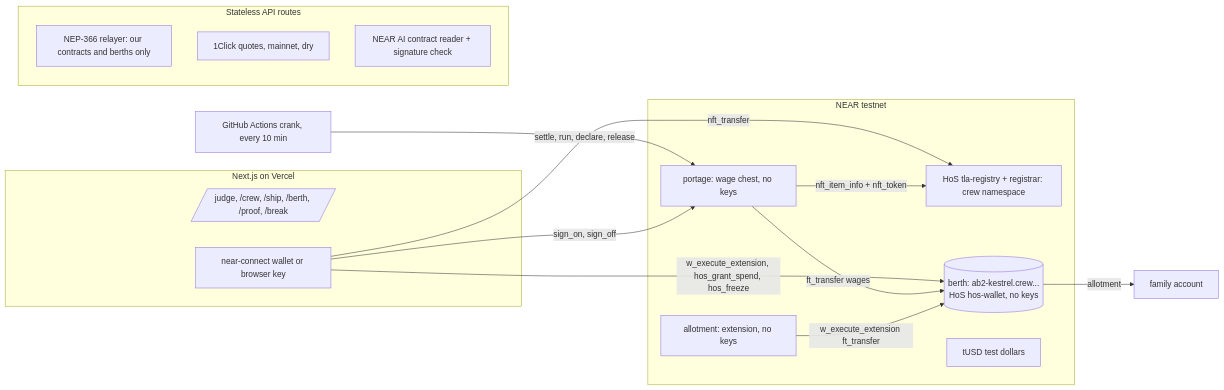
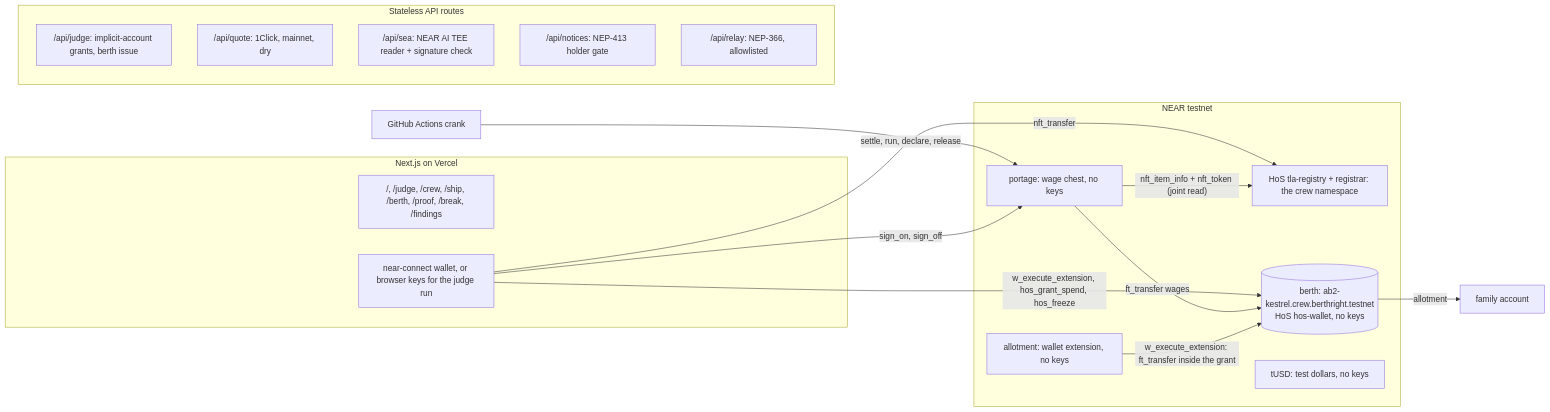
One commit to 0xkinno/berthright changed the first of 2 diagrams in README.md. Above: the diagram before and after it, drawn with Mermaid. The commit also changed other lines of this file and 9 other files, not shown here.

````diff
--- a/README.md
+++ b/README.md
@@ -76,27 +105,29 @@
 ```mermaid
 flowchart LR
   subgraph App["Next.js on Vercel"]
-    UI[/judge, /crew, /ship, /berth, /proof, /break/]
-    W[near-connect wallet or browser key]
+    UI["/, /judge, /crew, /ship, /berth, /proof, /break, /findings"]
+    W["near-connect wallet, or browser keys for the judge run"]
   end
   subgraph API["Stateless API routes"]
-    R[NEP-366 relayer: our contracts and berths only]
-    Q[1Click quotes, mainnet, dry]
-    A[NEAR AI contract reader + signature check]
+    J["/api/judge: implicit-account grants, berth issue"]
+    Q["/api/quote: 1Click, mainnet, dry"]
+    A["/api/sea: NEAR AI TEE reader + signature check"]
+    N["/api/notices: NEP-413 holder gate"]
+    R["/api/relay: NEP-366, allowlisted"]
   end
   subgraph NEAR["NEAR testnet"]
-    REG[HoS tla-registry + registrar: crew namespace]
-    B1[(berth: ab2-kestrel.crew...\nHoS hos-wallet, no keys)]
-    P[portage: wage chest, no keys]
-    AL[allotment: extension, no keys]
-    T[tUSD test dollars]
+    REG["HoS tla-registry + registrar: the crew namespace"]
+    B1[("berth: ab2-kestrel.crew.berthright.testnet\nHoS hos-wallet, no keys")]
+    P["portage: wage chest, no keys"]
+    AL["allotment: wallet extension, no keys"]
+    T["tUSD: test dollars, no keys"]
   end
-  GH[GitHub Actions crank, every 10 min] -->|settle, run, declare, release| P
+  GH["GitHub Actions crank"] -->|settle, run, declare, release| P
   W -->|sign_on, sign_off| P
   W -->|w_execute_extension, hos_grant_spend, hos_freeze| B1
   W -->|nft_transfer| REG
+  P -->|"nft_item_info + nft_token (joint read)"| REG
   P -->|ft_transfer wages| B1
-  P -->|nft_item_info + nft_token| REG
-  AL -->|w_execute_extension ft_transfer| B1
-  B1 -->|allotment| FAM[family account]
+  AL -->|"w_execute_extension: ft_transfer inside the grant"| B1
+  B1 -->|allotment| FAM["family account"]
 ```
````
